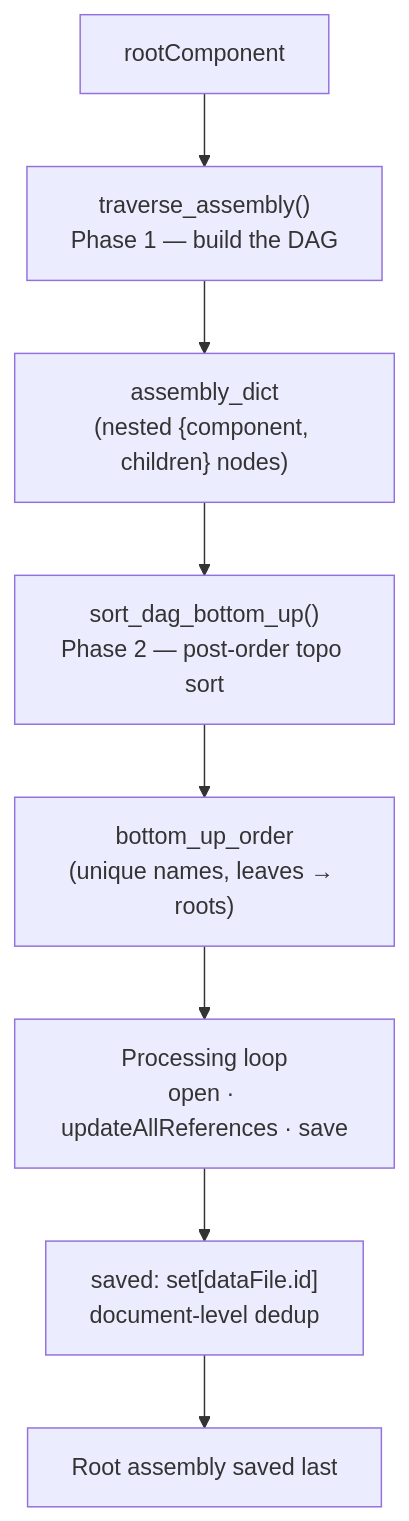
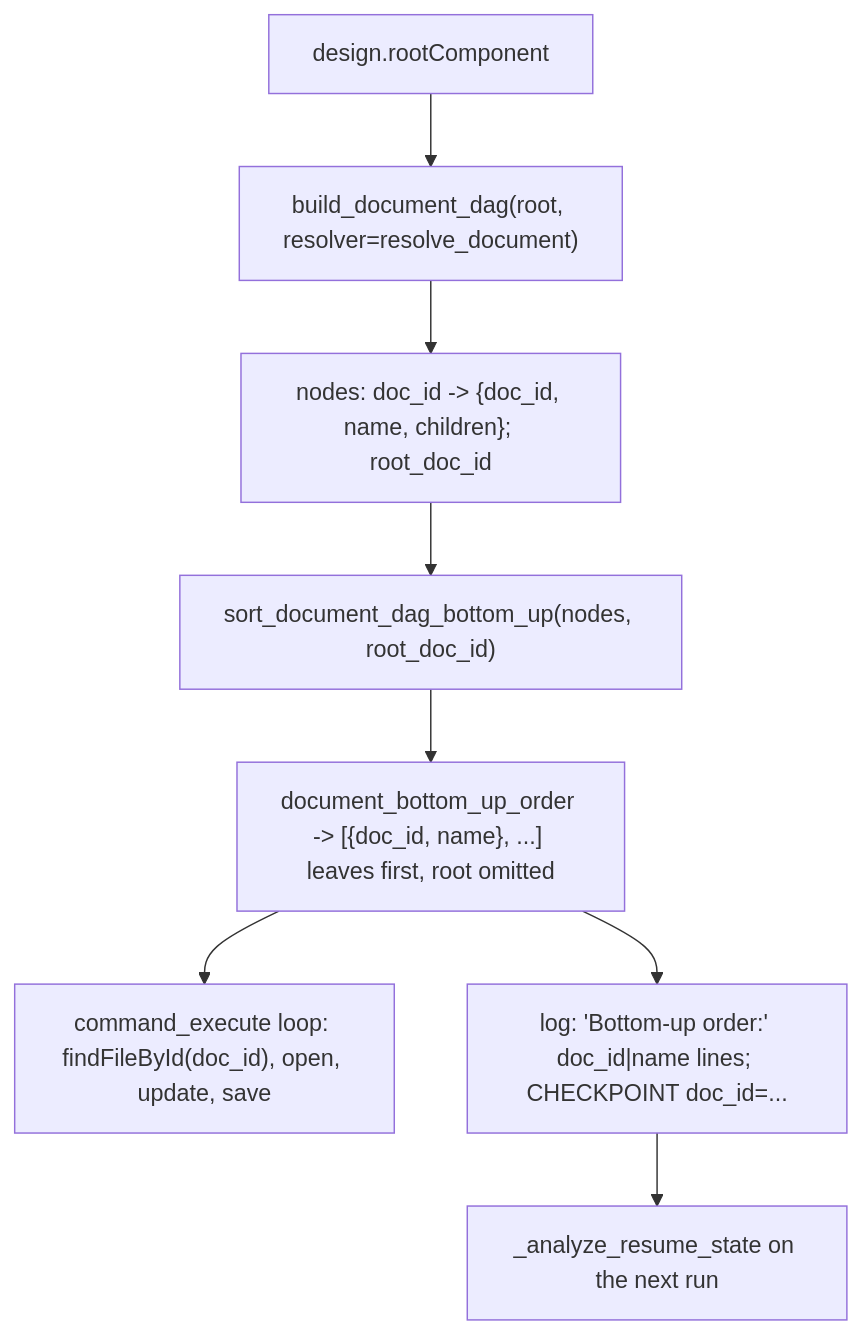
One commit to schneik80/PowerTools changed the first of 2 diagrams in docs/arch/Bottom-Up Update Dependency Ordering.md. Above: the diagram before and after it, drawn with Mermaid. The commit also changed other lines of this file and 69 other files, not shown here.

````diff
--- a/docs/arch/Bottom-Up Update Dependency Ordering.md
+++ b/docs/arch/Bottom-Up Update Dependency Ordering.md
@@ -56,10 +48,10 @@
 ```mermaid
 flowchart TD
-    A["rootComponent"] --> B["traverse_assembly()<br/>Phase 1 — build the DAG"]
-    B --> C["assembly_dict<br/>(nested {component, children} nodes)"]
-    C --> D["sort_dag_bottom_up()<br/>Phase 2 — post-order topo sort"]
-    D --> E["bottom_up_order<br/>(unique names, leaves → roots)"]
-    E --> F["Processing loop<br/>open · updateAllReferences · save"]
-    F --> G["saved: set[dataFile.id]<br/>document-level dedup"]
-    G --> H["Root assembly saved last"]
+    A["design.rootComponent"] --> B["build_document_dag(root, resolver=resolve_document)"]
+    B --> C["nodes: doc_id -> {doc_id, name, children}; root_doc_id"]
+    C --> D["sort_document_dag_bottom_up(nodes, root_doc_id)"]
+    D --> E["document_bottom_up_order -> [{doc_id, name}, ...] leaves first, root omitted"]
+    E --> F["command_execute loop: findFileById(doc_id), open, update, save"]
+    E --> G["log: 'Bottom-up order:' doc_id|name lines; CHECKPOINT doc_id=..."]
+    G --> H["_analyze_resume_state on the next run"]
 ```
````
